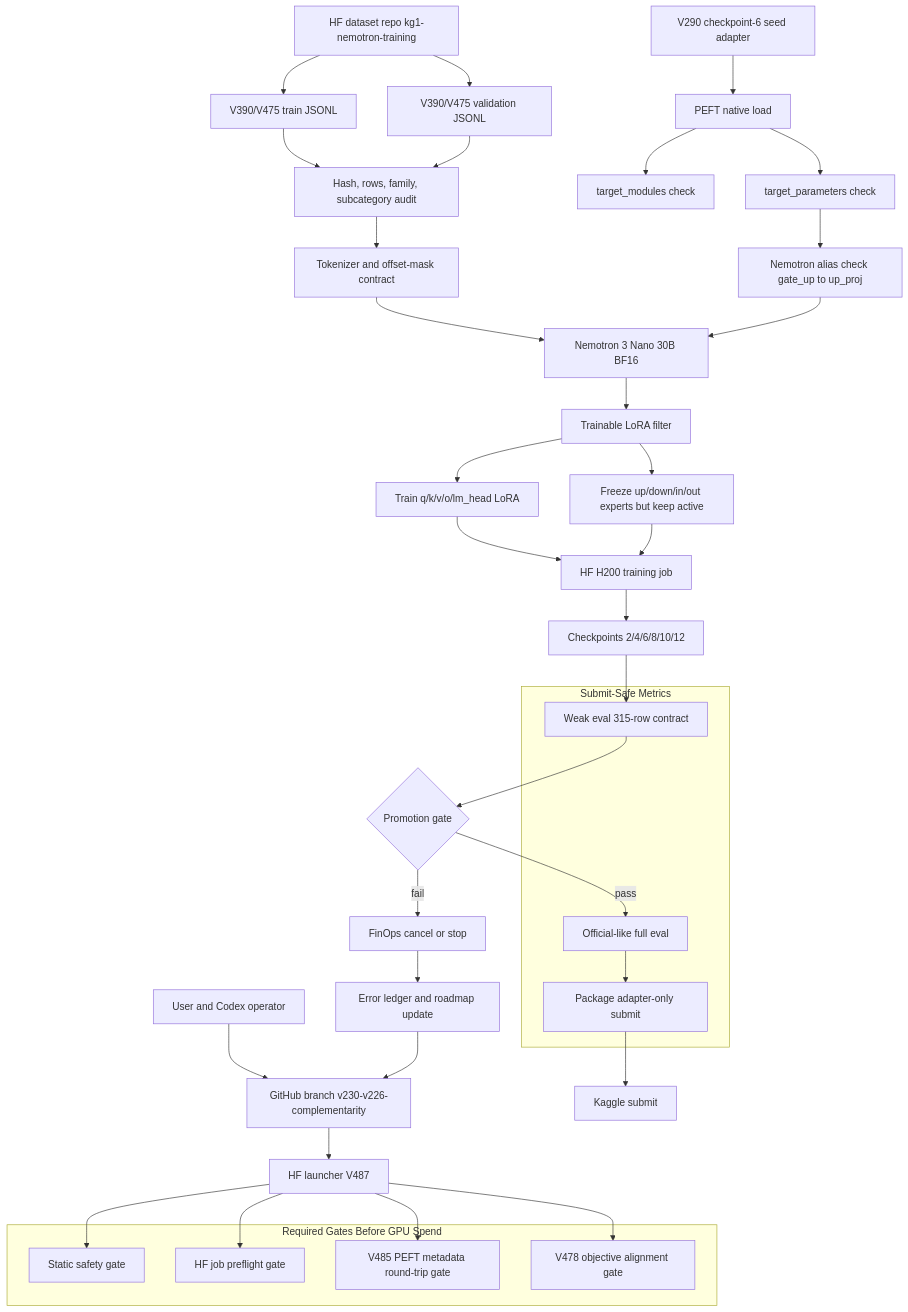
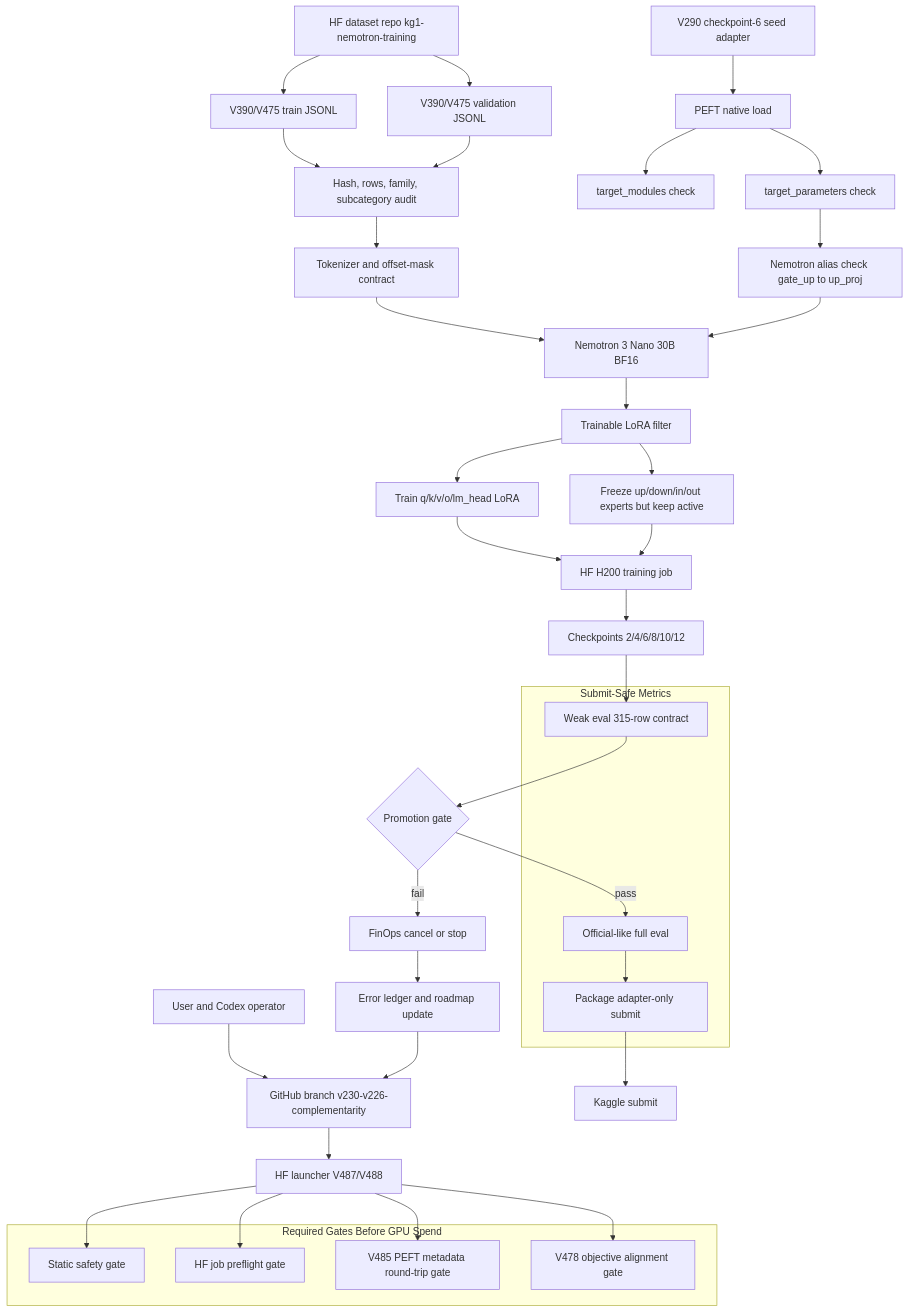
Before and after one commit to FELIPEACASTRO/KG1-NVIDIA: the first of 4 diagrams in artifacts/roadmaps/KG1_SOLUTION_ARCHITECTURE_MERMAID_2026_05_16.md, drawn with Mermaid. The commit also changed other lines of this file, not shown here.

Commit message:
Update KG1 architecture diagrams with V488 result

````diff
--- a/artifacts/roadmaps/KG1_SOLUTION_ARCHITECTURE_MERMAID_2026_05_16.md
+++ b/artifacts/roadmaps/KG1_SOLUTION_ARCHITECTURE_MERMAID_2026_05_16.md
@@ -16,53 +20,53 @@
 ```mermaid
 graph TB
   U[User and Codex operator] --> R[GitHub branch v230-v226-complementarity]
-  R --> L[HF launcher V487]
+  R --> L[HF launcher V487/V488]
   L --> P0[Static safety gate]
   L --> P1[HF job preflight gate]
   L --> P2[V485 PEFT metadata round-trip gate]
   L --> P3[V478 objective alignment gate]
 
   D0[HF dataset repo kg1-nemotron-training] --> D1[V390/V475 train JSONL]
   D0 --> D2[V390/V475 validation JSONL]
   D1 --> H[Hash, rows, family, subcategory audit]
   D2 --> H
   H --> T[Tokenizer and offset-mask contract]
 
   A0[V290 checkpoint-6 seed adapter] --> A1[PEFT native load]
   A1 --> A2[target_modules check]
   A1 --> A3[target_parameters check]
   A3 --> A4[Nemotron alias check gate_up to up_proj]
 
   T --> M[Nemotron 3 Nano 30B BF16]
   A4 --> M
   M --> F[Trainable LoRA filter]
   F --> F1[Train q/k/v/o/lm_head LoRA]
   F --> F2[Freeze up/down/in/out experts but keep active]
 
   F1 --> TR[HF H200 training job]
   F2 --> TR
   TR --> C[Checkpoints 2/4/6/8/10/12]
   C --> W[Weak eval 315-row contract]
   W --> G{Promotion gate}
 
   G -->|pass| FULL[Official-like full eval]
   FULL --> PKG[Package adapter-only submit]
   PKG --> K[Kaggle submit]
 
   G -->|fail| FIN[FinOps cancel or stop]
   FIN --> E[Error ledger and roadmap update]
   E --> R
 
   subgraph Required Gates Before GPU Spend
     P0
     P1
     P2
     P3
   end
 
   subgraph Submit-Safe Metrics
     W
     FULL
     PKG
   end
 ```
````
